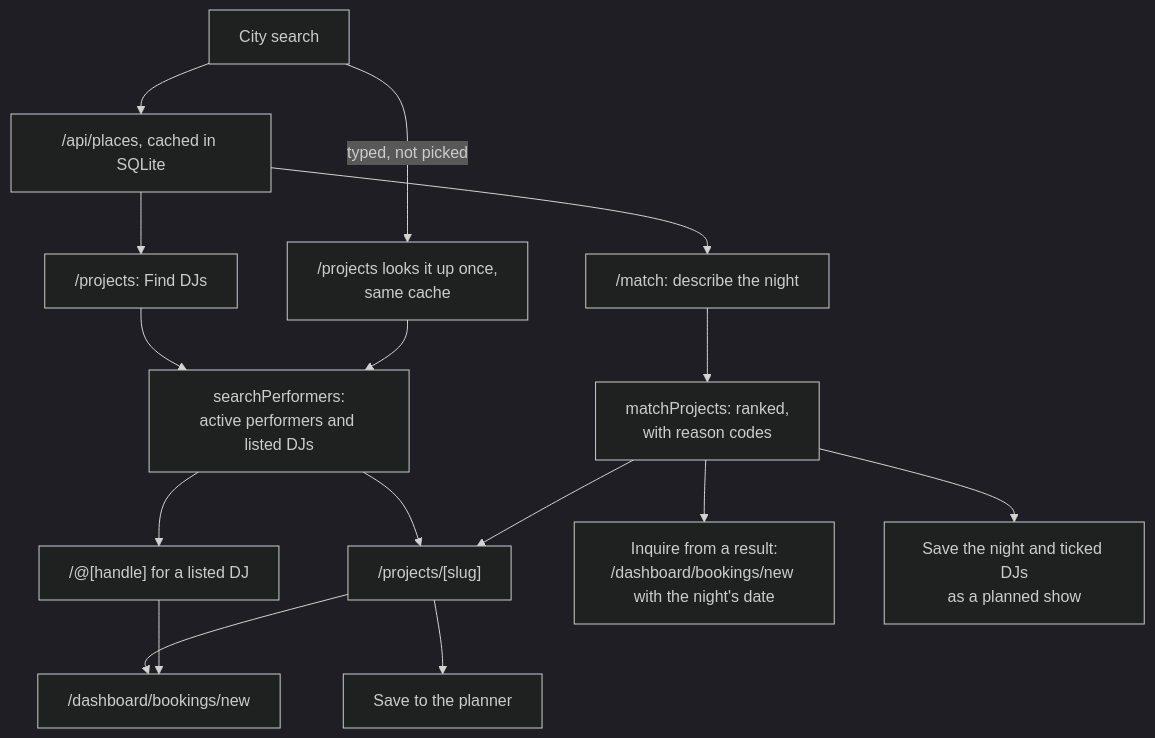
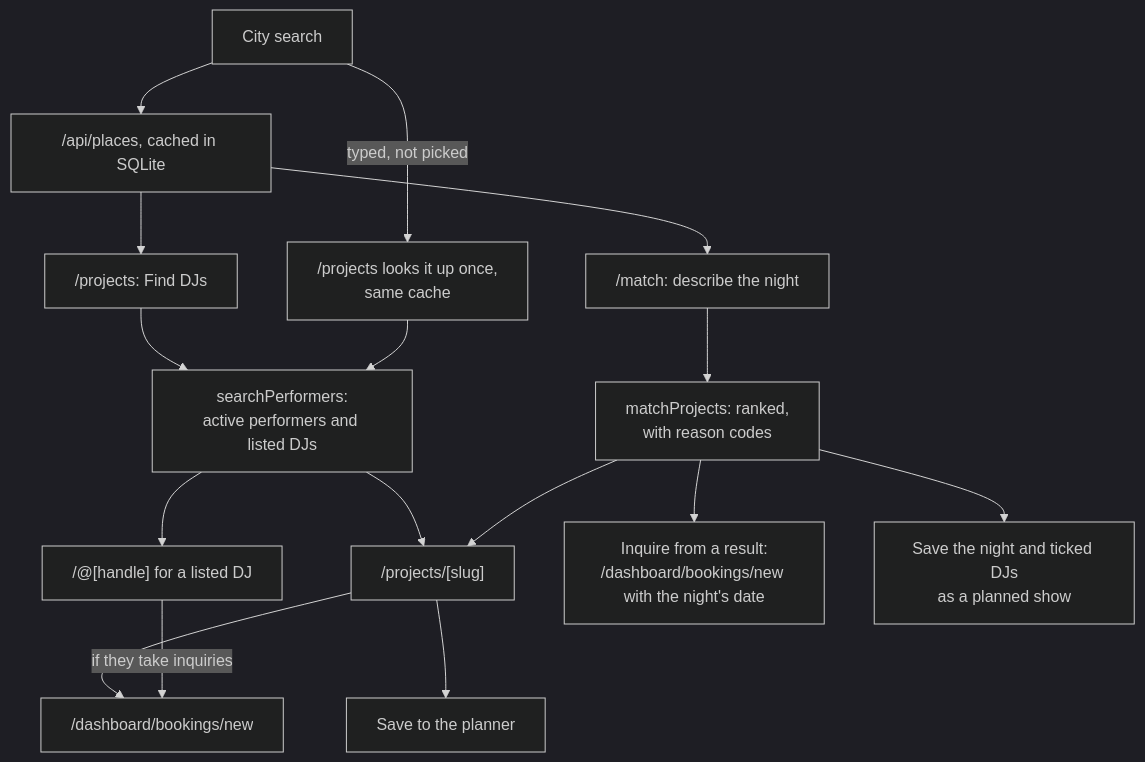
The fifth of 9 diagrams in apps/web/docs/diagrams/profiles-and-bookings.md (cutenode/localnetwork), drawn with Mermaid (dark theme) before and after one commit. The commit also changed other lines of this file and 23 other files, not shown here.

````diff
--- a/apps/web/docs/diagrams/profiles-and-bookings.md
+++ b/apps/web/docs/diagrams/profiles-and-bookings.md
@@ -105,18 +105,18 @@
 ```mermaid
 flowchart TD
   Find["/projects: Find DJs"] --> Search["searchPerformers:<br/>active performers and listed DJs"]
   Match["/match: describe the night"] --> Rank["matchProjects: ranked,<br/>with reason codes"]
   City["City search"] --> Places["/api/places, cached in SQLite"]
   Places --> Find
   Places --> Match
   City -- "typed, not picked" --> Lookup["/projects looks it up once,<br/>same cache"]
   Lookup --> Search
   Search --> Dj["/@[handle] for a listed DJ"]
   Search --> Page["/projects/[slug]"]
   Rank --> Page
   Rank --> Dated["Inquire from a result:<br/>/dashboard/bookings/new with the night's date"]
   Rank --> Night["Save the night and ticked DJs<br/>as a planned show"]
   Page --> Save["Save to the planner"]
   Page --> Inquire["/dashboard/bookings/new"]
-  Dj --> Inquire
+  Dj -- "if they take inquiries" --> Inquire
 ```
````
